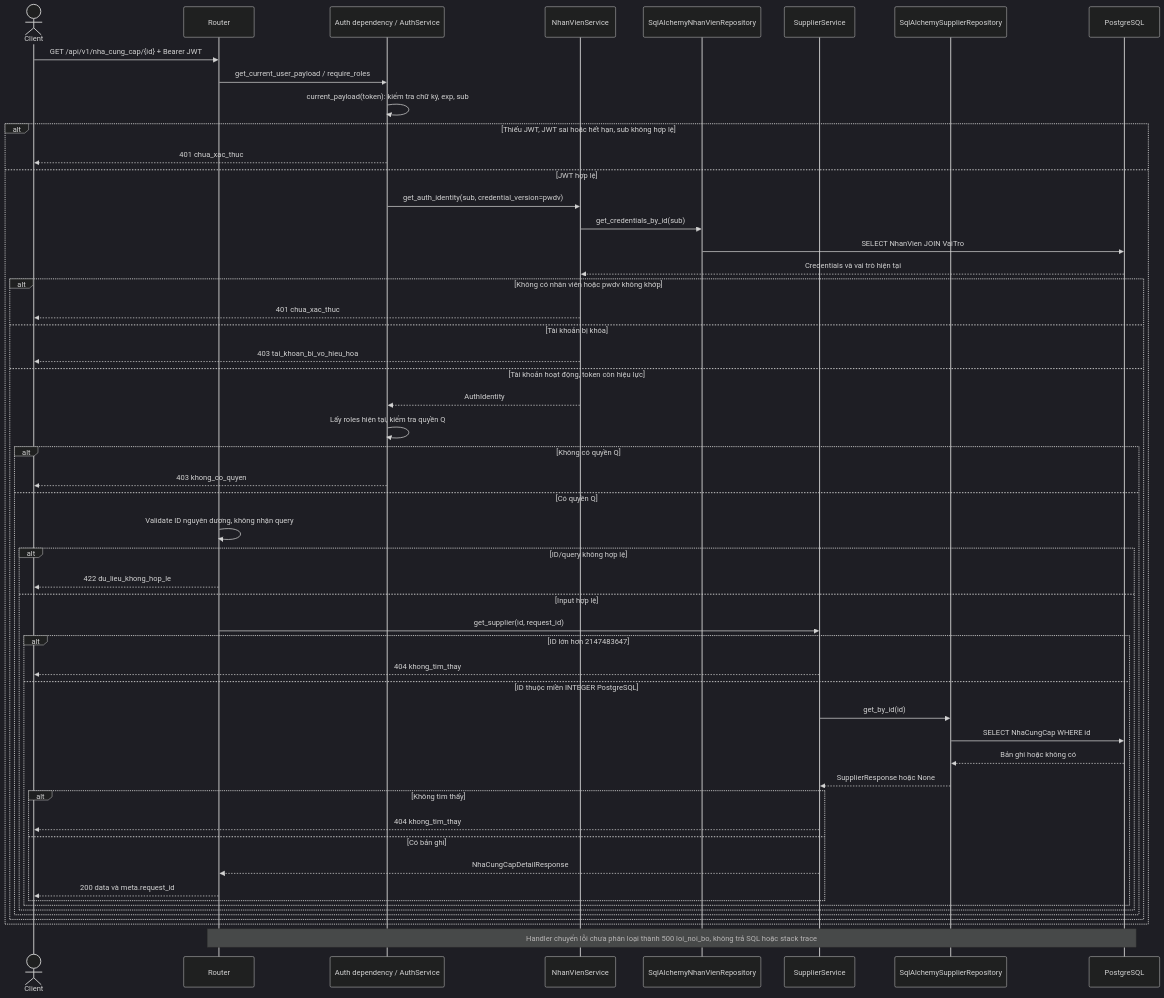
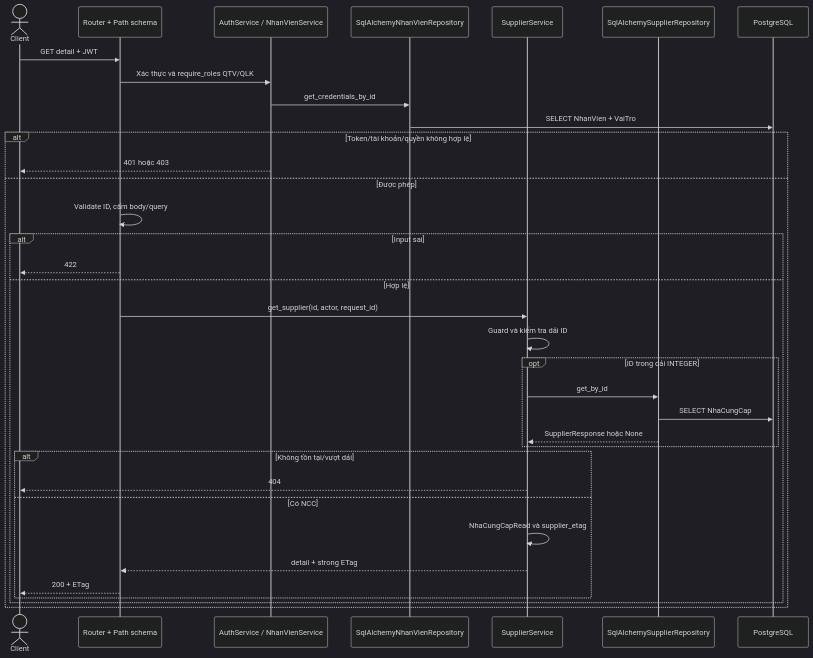
One commit to thanhklt/xbike-mrp-system changed the second of 4 diagrams in docs/sequence/nha_cung_cap.md. Above: the diagram before and after it, drawn with Mermaid (dark theme). The commit also changed other lines of this file and 49 other files, not shown here.

````diff
--- a/docs/sequence/nha_cung_cap.md
+++ b/docs/sequence/nha_cung_cap.md
@@ -82,55 +61,37 @@
 ```mermaid
 sequenceDiagram
-    actor Client
-    participant Router
-    participant Auth as Auth dependency / AuthService
-    participant Employees as NhanVienService
-    participant EmployeeRepo as SqlAlchemyNhanVienRepository
-    participant Service as SupplierService
-    participant Repo as SqlAlchemySupplierRepository
+    actor C as Client
+    participant R as Router + Path schema
+    participant A as AuthService / NhanVienService
+    participant N as SqlAlchemyNhanVienRepository
+    participant S as SupplierService
+    participant P as SqlAlchemySupplierRepository
     participant DB as PostgreSQL
-    Client->>Router: GET /api/v1/nha_cung_cap/{id} + Bearer JWT
-    Router->>Auth: get_current_user_payload / require_roles
-    Auth->>Auth: current_payload(token): kiểm tra chữ ký, exp, sub
-    alt Thiếu JWT, JWT sai hoặc hết hạn, sub không hợp lệ
-        Auth-->>Client: 401 chua_xac_thuc
-    else JWT hợp lệ
-        Auth->>Employees: get_auth_identity(sub, credential_version=pwdv)
-        Employees->>EmployeeRepo: get_credentials_by_id(sub)
-        EmployeeRepo->>DB: SELECT NhanVien JOIN VaiTro
-        DB-->>Employees: Credentials và vai trò hiện tại
-        alt Không có nhân viên hoặc pwdv không khớp
-            Employees-->>Client: 401 chua_xac_thuc
-        else Tài khoản bị khóa
-            Employees-->>Client: 403 tai_khoan_bi_vo_hieu_hoa
-        else Tài khoản hoạt động, token còn hiệu lực
-            Employees-->>Auth: AuthIdentity
-            Auth->>Auth: Lấy roles hiện tại, kiểm tra quyền Q
-            alt Không có quyền Q
-                Auth-->>Client: 403 khong_co_quyen
-            else Có quyền Q
-                Router->>Router: Validate ID nguyên dương, không nhận query
-                alt ID/query không hợp lệ
-                    Router-->>Client: 422 du_lieu_khong_hop_le
-                else Input hợp lệ
-                    Router->>Service: get_supplier(id, request_id)
-                    alt ID lớn hơn 2147483647
-                        Service-->>Client: 404 khong_tim_thay
-                    else ID thuộc miền INTEGER PostgreSQL
-                        Service->>Repo: get_by_id(id)
-                        Repo->>DB: SELECT NhaCungCap WHERE id
-                        DB-->>Repo: Bản ghi hoặc không có
-                        Repo-->>Service: SupplierResponse hoặc None
-                        alt Không tìm thấy
-                            Service-->>Client: 404 khong_tim_thay
-                        else Có bản ghi
-                            Service-->>Router: NhaCungCapDetailResponse
-                            Router-->>Client: 200 data và meta.request_id
-                        end
-                    end
-                end
+    C->>R: GET detail + JWT
+    R->>A: Xác thực và require_roles QTV/QLK
+    A->>N: get_credentials_by_id
+    N->>DB: SELECT NhanVien + VaiTro
+    alt Token/tài khoản/quyền không hợp lệ
+        A-->>C: 401 hoặc 403
+    else Được phép
+        R->>R: Validate ID, cấm body/query
+        alt Input sai
+            R-->>C: 422
+        else Hợp lệ
+            R->>S: get_supplier(id, actor, request_id)
+            S->>S: Guard và kiểm tra dải ID
+            opt ID trong dải INTEGER
+                S->>P: get_by_id
+                P->>DB: SELECT NhaCungCap
+                P-->>S: SupplierResponse hoặc None
+            end
+            alt Không tồn tại/vượt dải
+                S-->>C: 404
+            else Có NCC
+                S->>S: NhaCungCapRead và supplier_etag
+                S-->>R: detail + strong ETag
+                R-->>C: 200 + ETag
             end
         end
     end
-    Note over Router,DB: Handler chuyển lỗi chưa phân loại thành 500 loi_noi_bo, không trả SQL hoặc stack trace
 ```
````
